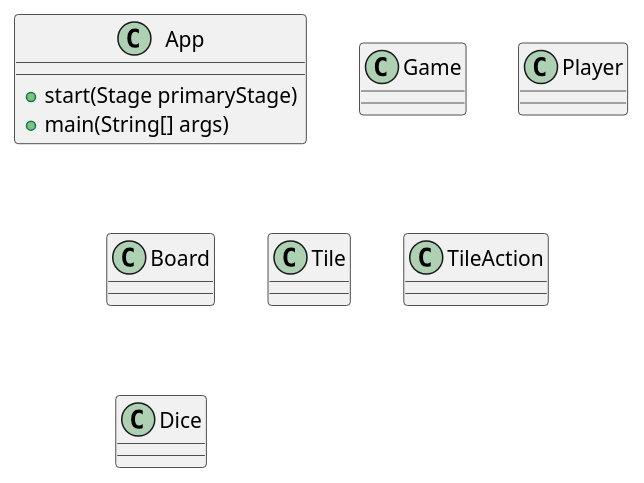
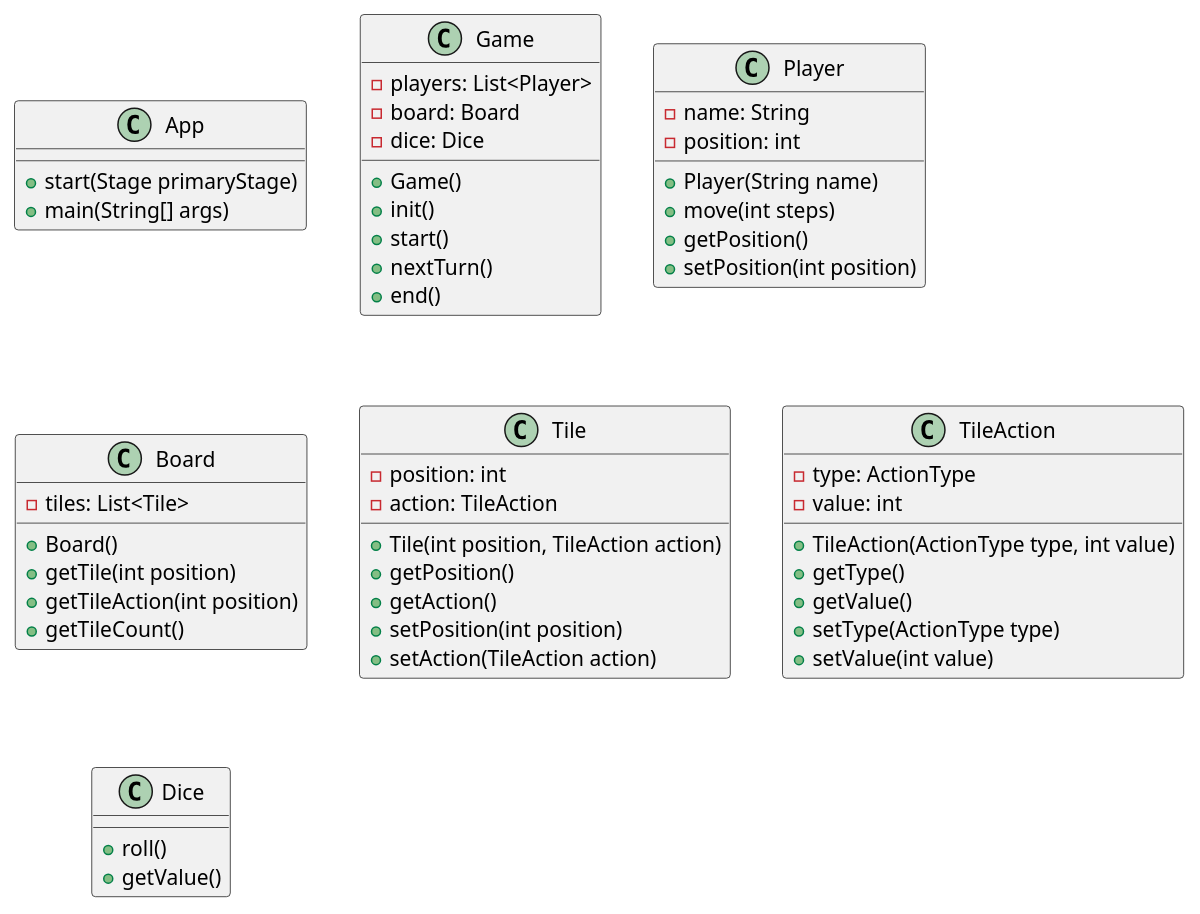
One commit to Segward/ladder-game changed the diagram in classdiagram2.puml. Above: the diagram before and after it, drawn with PlantUML.

Commit message:
Made test values for classdiagram2

```diff
--- a/classdiagram2.puml
+++ b/classdiagram2.puml
@@ -1,31 +1,60 @@
 @startuml
 class App {
     +start(Stage primaryStage)
     +main(String[] args)
 }
 
 class Game {
-
+    -players: List<Player>
+    -board: Board
+    -dice: Dice
+    +Game()
+    +init()
+    +start()
+    +nextTurn()
+    +end()
 }
 
 class Player {
-
+    -name: String
+    -position: int
+    +Player(String name)
+    +move(int steps)
+    +getPosition()
+    +setPosition(int position)
 }
 
 class Board {
-
+    -tiles: List<Tile>
+    +Board()
+    +getTile(int position)
+    +getTileAction(int position)
+    +getTileCount()
 }
 
 class Tile {
-
+    -position: int
+    -action: TileAction
+    +Tile(int position, TileAction action)
+    +getPosition()
+    +getAction()
+    +setPosition(int position)
+    +setAction(TileAction action)
 }
 
 class TileAction {
-    
+    -type: ActionType
+    -value: int
+    +TileAction(ActionType type, int value)
+    +getType()
+    +getValue()
+    +setType(ActionType type)
+    +setValue(int value)
 }
 
 class Dice {
-
+    +roll()
+    +getValue()
 }
 
 @enduml
```
